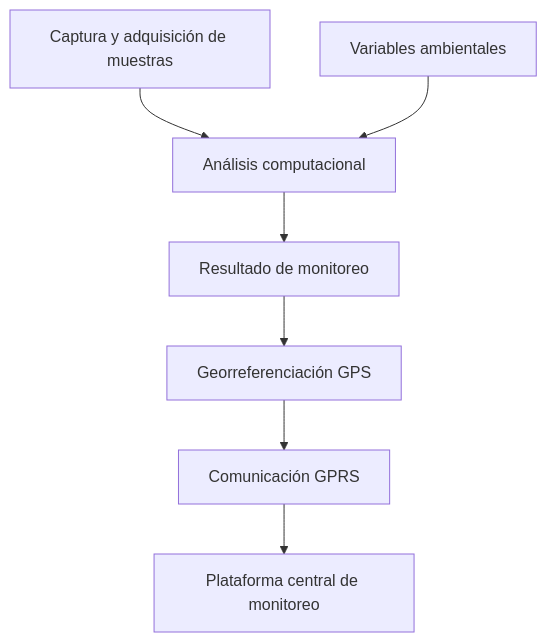
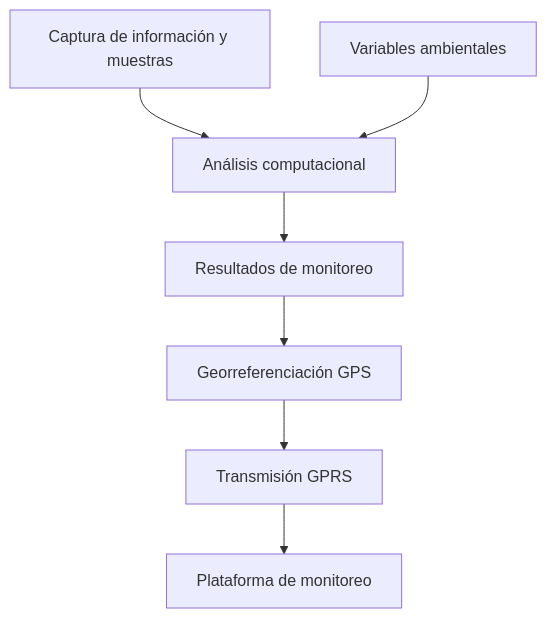
Before and after one commit to isaiassolis/harmful-algal-bloom-monitoring-system: the diagram in README.md, drawn with Mermaid. The commit also changed other lines of this file, not shown here.

````diff
--- a/README.md
+++ b/README.md
@@ -50,9 +58,9 @@
 ```mermaid
 flowchart TD
-    A[Captura y adquisición de muestras] --> B[Análisis computacional]
+    A[Captura de información y muestras] --> B[Análisis computacional]
     C[Variables ambientales] --> B
-    B --> D[Resultado de monitoreo]
+    B --> D[Resultados de monitoreo]
     D --> E[Georreferenciación GPS]
-    E --> F[Comunicación GPRS]
-    F --> G[Plataforma central de monitoreo]
+    E --> F[Transmisión GPRS]
+    F --> G[Plataforma de monitoreo]
 ```
````
